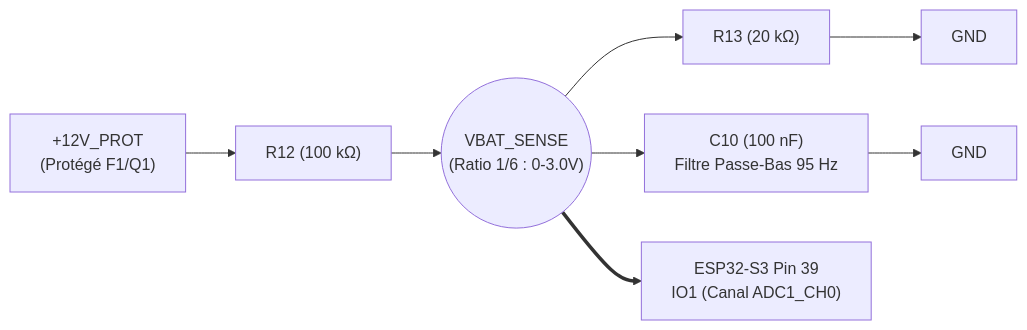
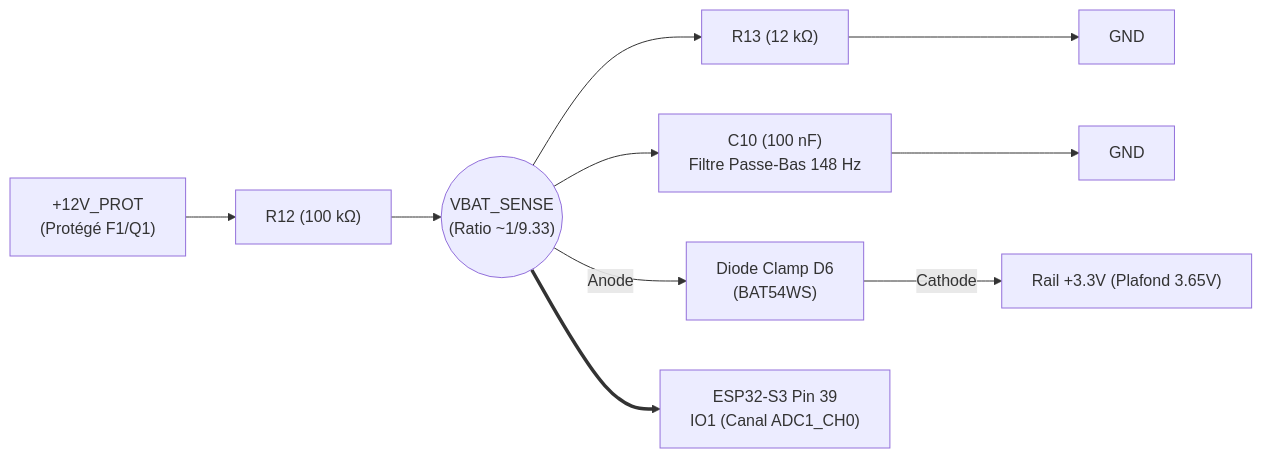
The eighth of 9 diagrams in HARDWARE.md (nitrogene/OBD2), drawn with Mermaid before and after one commit. The commit also changed other lines of this file and 14 other files, not shown here.

First line of the commit message:
feat(architecture): decouplage agnostique de pcb-placer, floorplan.json et schema alimentation

````diff
--- a/HARDWARE.md
+++ b/HARDWARE.md
@@ -401,19 +429,20 @@
 ```mermaid
 %%{init: {
   'themeVariables': {
     'fontFamily': 'Consolas, "Courier New", monospace',
     'fontSize': '12px'
   },
   'flowchart': {
     'curve': 'stepBefore',
     'nodeSpacing': 20,
     'rankSpacing': 30
   }
 }}%%
 flowchart LR
     VBAT["+12V_PROT\n(Protégé F1/Q1)"] --> R12["R12 (100 kΩ)"]
-    R12 --> SENSE(("VBAT_SENSE\n(Ratio 1/6 : 0-3.0V)"))
-    SENSE --> R13["R13 (20 kΩ)"] --> GND1["GND"]
-    SENSE --> C10["C10 (100 nF)\nFiltre Passe-Bas 95 Hz"] --> GND2["GND"]
+    R12 --> SENSE(("VBAT_SENSE\n(Ratio ~1/9.33)"))
+    SENSE --> R13["R13 (12 kΩ)"] --> GND1["GND"]
+    SENSE --> C10["C10 (100 nF)\nFiltre Passe-Bas 148 Hz"] --> GND2["GND"]
+    SENSE -->|Anode| D6["Diode Clamp D6\n(BAT54WS)"] -->|Cathode| V33["Rail +3.3V (Plafond 3.65V)"]
     SENSE ==> ADC["ESP32-S3 Pin 39\nIO1 (Canal ADC1_CH0)"]
 ```
````
